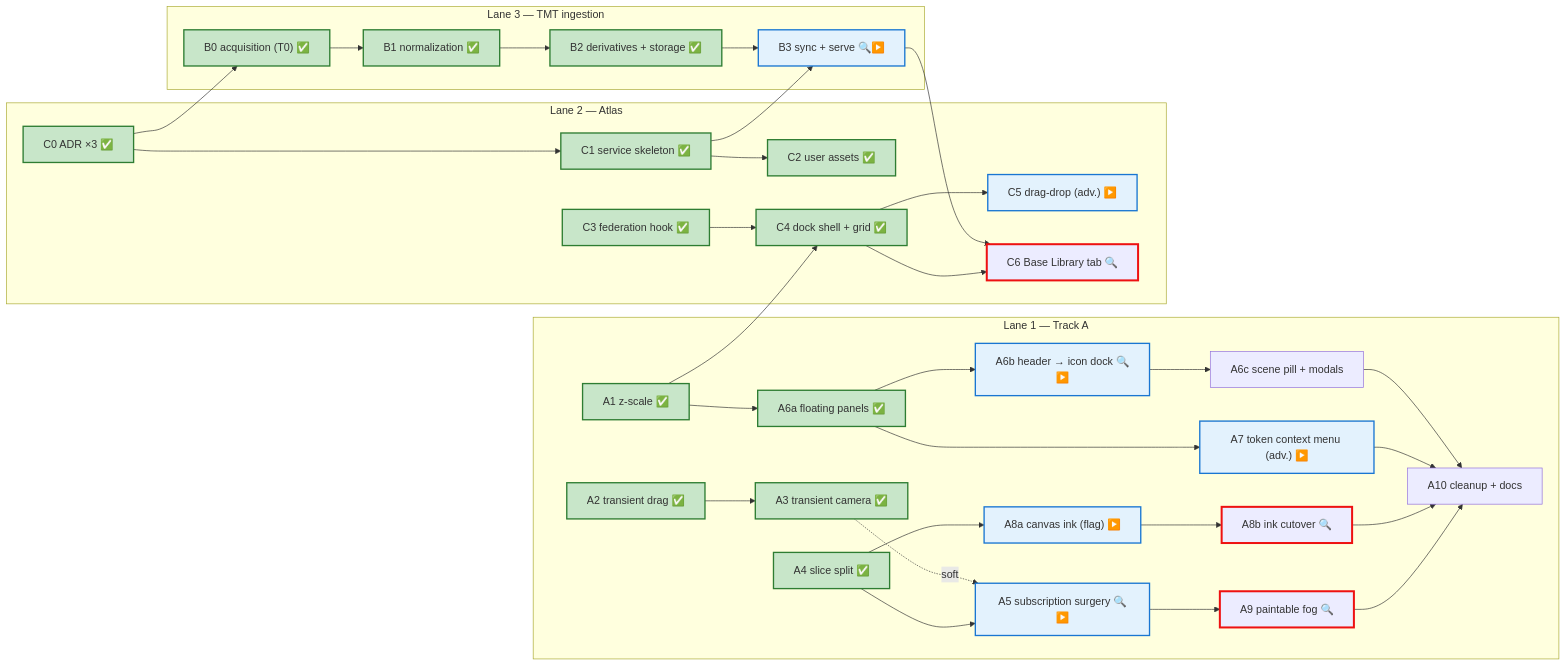
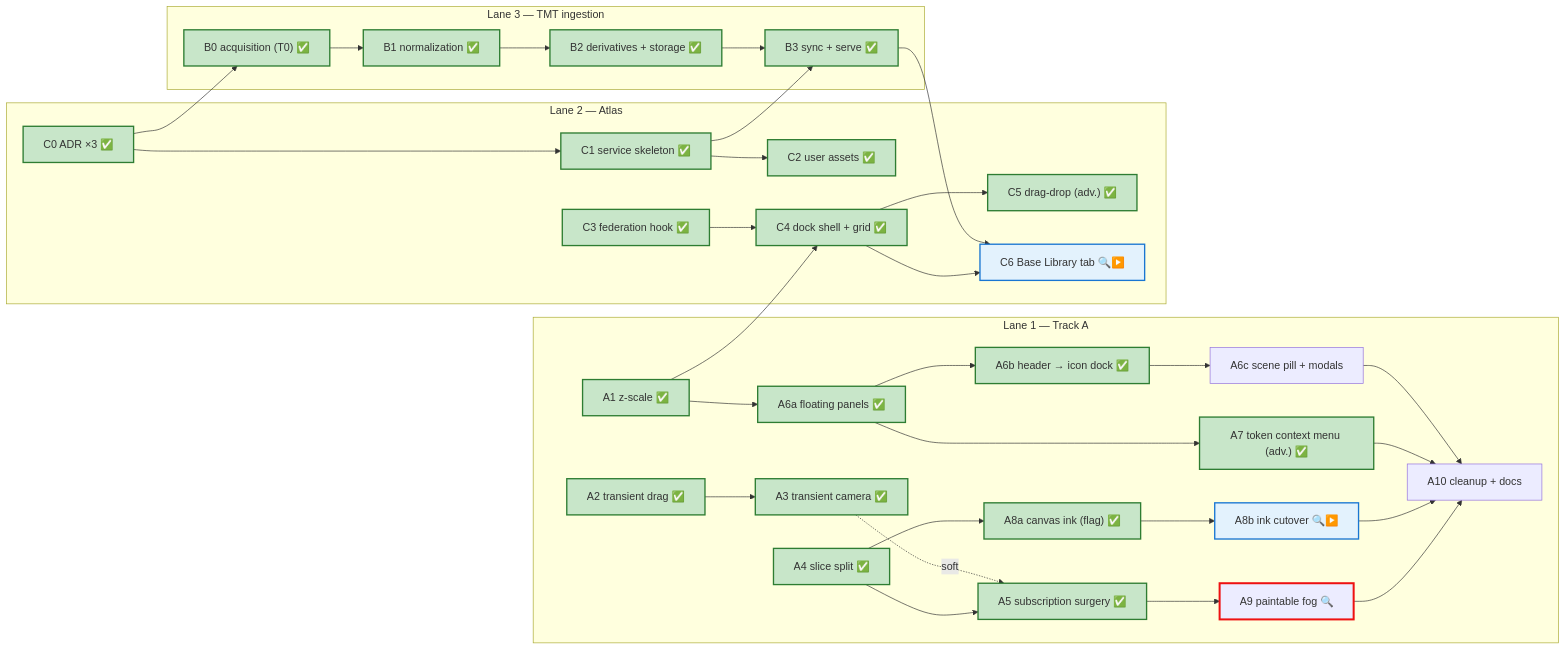
Before and after one commit to joelmale/nexusVTT: the diagram in docs/roadmap/ROADMAP.md, drawn with Mermaid. The commit also changed other lines of this file and 2 other files, not shown here.

Commit message:
chore(roadmap): update roadmap for S7 completion and fix dock layout

````diff
--- a/docs/roadmap/ROADMAP.md
+++ b/docs/roadmap/ROADMAP.md
@@ -40,57 +40,57 @@
 ```mermaid
 flowchart LR
   classDef gate stroke:#e11,stroke-width:3px
   classDef adr fill:#f4e8ff,stroke:#95f
   classDef done fill:#c8e6c9,stroke:#2e7d32,stroke-width:2px
   classDef ready fill:#e3f2fd,stroke:#1976d2,stroke-width:2px
 
   subgraph LaneA["Lane 1 — Track A"]
     A1["A1 z-scale ✅"]:::done
     A2["A2 transient drag ✅"]:::done
     A3["A3 transient camera ✅"]:::done
     A4["A4 slice split ✅"]:::done
-    A5["A5 subscription surgery 🔍▶️"]:::ready
+    A5["A5 subscription surgery ✅"]:::done
     A6a["A6a floating panels ✅"]:::done
-    A6b["A6b header → icon dock 🔍▶️"]:::ready
+    A6b["A6b header → icon dock ✅"]:::done
     A6c["A6c scene pill + modals"]
-    A7["A7 token context menu (adv.) ▶️"]:::ready
-    A8a["A8a canvas ink (flag) ▶️"]:::ready
-    A8b["A8b ink cutover 🔍"]:::gate
+    A7["A7 token context menu (adv.) ✅"]:::done
+    A8a["A8a canvas ink (flag) ✅"]:::done
+    A8b["A8b ink cutover 🔍▶️"]:::ready
     A9["A9 paintable fog 🔍"]:::gate
     A10["A10 cleanup + docs"]
   end
 
   subgraph LaneC["Lane 2 — Atlas"]
     C0["C0 ADR ×3 ✅"]:::done
     C1["C1 service skeleton ✅"]:::done
     C2["C2 user assets ✅"]:::done
     C3["C3 federation hook ✅"]:::done
     C4["C4 dock shell + grid ✅"]:::done
-    C5["C5 drag-drop (adv.) ▶️"]:::ready
-    C6["C6 Base Library tab 🔍"]:::gate
+    C5["C5 drag-drop (adv.) ✅"]:::done
+    C6["C6 Base Library tab 🔍▶️"]:::ready
   end
 
   subgraph LaneB["Lane 3 — TMT ingestion"]
     B0["B0 acquisition (T0) ✅"]:::done
     B1["B1 normalization ✅"]:::done
     B2["B2 derivatives + storage ✅"]:::done
-    B3["B3 sync + serve 🔍▶️"]:::ready
+    B3["B3 sync + serve ✅"]:::done
   end
 
   A2 --> A3
   A3 -.soft.-> A5
   A4 --> A5
   A1 --> A6a --> A6b --> A6c
   A6a --> A7
   A4 --> A8a --> A8b
   A5 --> A9
   A6c & A7 & A8b & A9 --> A10
 
   C0 --> C1 --> C2
   C0 --> B0 --> B1 --> B2 --> B3
   C1 --> B3
   C3 --> C4 --> C5
   A1 --> C4
   B3 --> C6
   C4 --> C6
 ```
````
